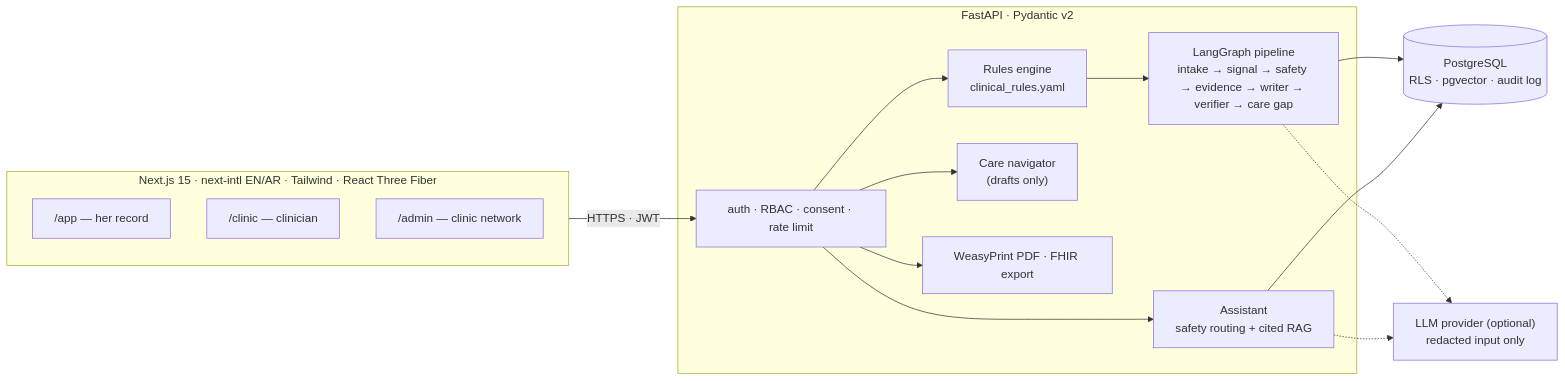
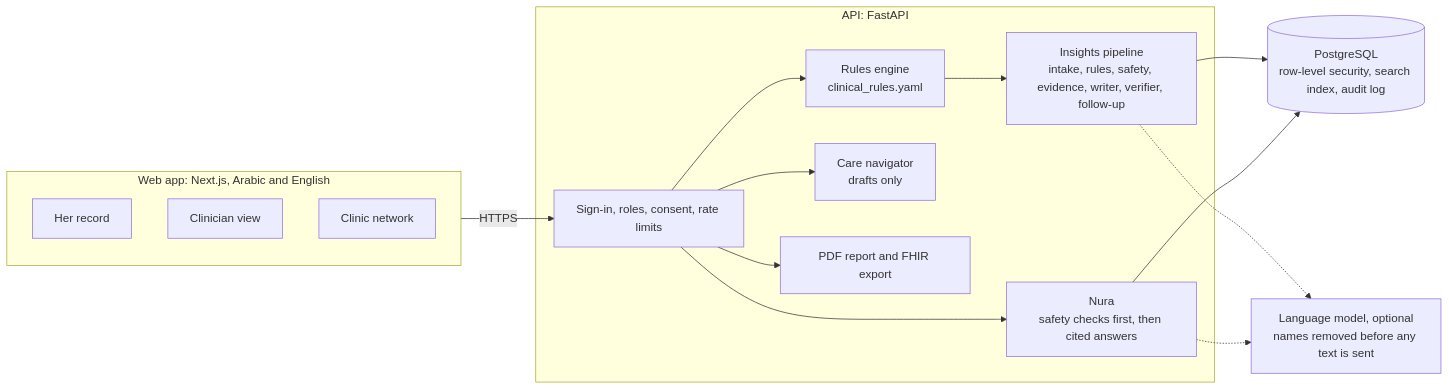
The diagram in README.md (krish2105/ReproSense-AI-), drawn with Mermaid before and after one commit. The commit also changed other lines of this file, not shown here.

````diff
--- a/README.md
+++ b/README.md
@@ -64,27 +185,27 @@
 ```mermaid
 flowchart LR
-  subgraph Web["Next.js 15 · next-intl EN/AR · Tailwind · React Three Fiber"]
-    P["/app — her record"]
-    C["/clinic — clinician"]
-    A["/admin — clinic network"]
+  subgraph Web["Web app: Next.js, Arabic and English"]
+    P["Her record"]
+    C["Clinician view"]
+    A["Clinic network"]
   end
-  subgraph API["FastAPI · Pydantic v2"]
-    SEC["auth · RBAC · consent · rate limit"]
+  subgraph API["API: FastAPI"]
+    SEC["Sign-in, roles, consent, rate limits"]
     RULES["Rules engine<br/>clinical_rules.yaml"]
-    PIPE["LangGraph pipeline<br/>intake → signal → safety → evidence → writer → verifier → care gap"]
-    ASSIST["Assistant<br/>safety routing + cited RAG"]
-    NAV["Care navigator<br/>(drafts only)"]
-    REP["WeasyPrint PDF · FHIR export"]
+    PIPE["Insights pipeline<br/>intake, rules, safety, evidence, writer, verifier, follow-up"]
+    NURA["Nura<br/>safety checks first, then cited answers"]
+    NAV["Care navigator<br/>drafts only"]
+    REP["PDF report and FHIR export"]
   end
-  DB[("PostgreSQL<br/>RLS · pgvector · audit log")]
-  LLM["LLM provider (optional)<br/>redacted input only"]
-  Web -->|HTTPS · JWT| SEC
+  DB[("PostgreSQL<br/>row-level security, search index, audit log")]
+  LLM["Language model, optional<br/>names removed before any text is sent"]
+  Web -->|HTTPS| SEC
   SEC --> RULES --> PIPE
-  SEC --> ASSIST
+  SEC --> NURA
   SEC --> NAV
   SEC --> REP
   PIPE --> DB
-  ASSIST --> DB
+  NURA --> DB
   PIPE -.-> LLM
-  ASSIST -.-> LLM
+  NURA -.-> LLM
 ```
````
